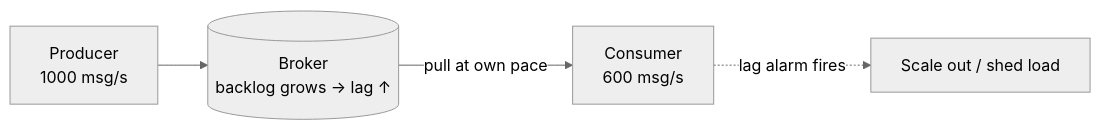
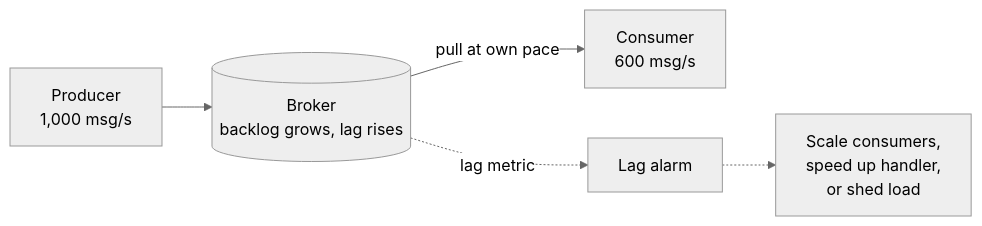
Before and after one commit to AndrewAltimit/Documentation: the eighth of 9 diagrams in github-pages/docs/event-driven/message-brokers.md, drawn with Mermaid (neutral theme). The commit also changed other lines of this file and 240 other files, not shown here.

````diff
--- a/github-pages/docs/event-driven/message-brokers.md
+++ b/github-pages/docs/event-driven/message-brokers.md
@@ -409,6 +519,7 @@
 ```mermaid
 flowchart LR
-    P["Producer<br/>1000 msg/s"] --> B[("Broker<br/>backlog grows → lag ↑")]
-    B -->|pull at own pace| C["Consumer<br/>600 msg/s"]
-    C -.->|lag alarm fires| Ops["Scale out / shed load"]
+    P["Producer<br/>1,000 msg/s"] --> B[("Broker<br/>backlog grows, lag rises")]
+    B -->|"pull at own pace"| C["Consumer<br/>600 msg/s"]
+    B -.->|"lag metric"| M["Lag alarm"]
+    M -.-> A["Scale consumers,<br/>speed up handler,<br/>or shed load"]
 ```
````
